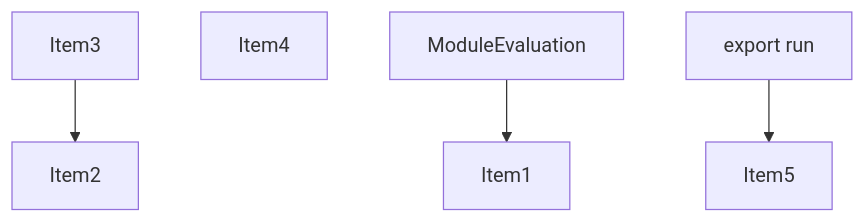
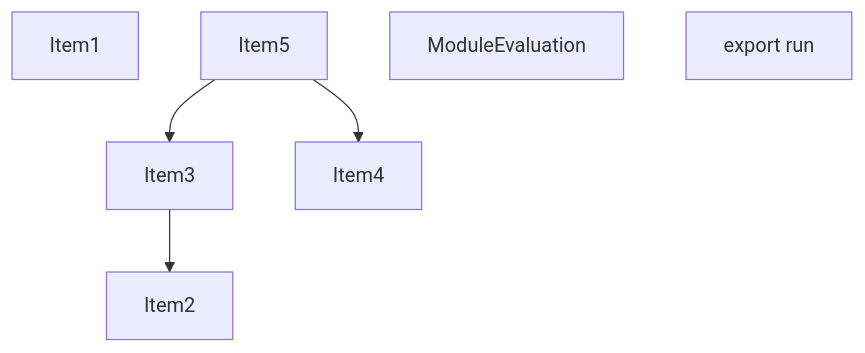
The third of 5 diagrams in crates/turbopack-ecmascript/tests/tree-shaker/analyzer/ipc-evaluate/output.md (vercel/turborepo), drawn with Mermaid before and after one commit. The commit also changed other lines of this file and 15 other files, not shown here.

````diff
--- a/crates/turbopack-ecmascript/tests/tree-shaker/analyzer/ipc-evaluate/output.md
+++ b/crates/turbopack-ecmascript/tests/tree-shaker/analyzer/ipc-evaluate/output.md
@@ -190,15 +176,15 @@
 ```mermaid
 graph TD
     Item1;
     Item2;
     Item3;
     Item4;
     Item5;
     Item6;
     Item6["ModuleEvaluation"];
     Item7;
     Item7["export run"];
     Item3 --> Item2;
-    Item6 --> Item1;
-    Item7 --> Item5;
+    Item5 --> Item3;
+    Item5 --> Item4;
 ```
````
